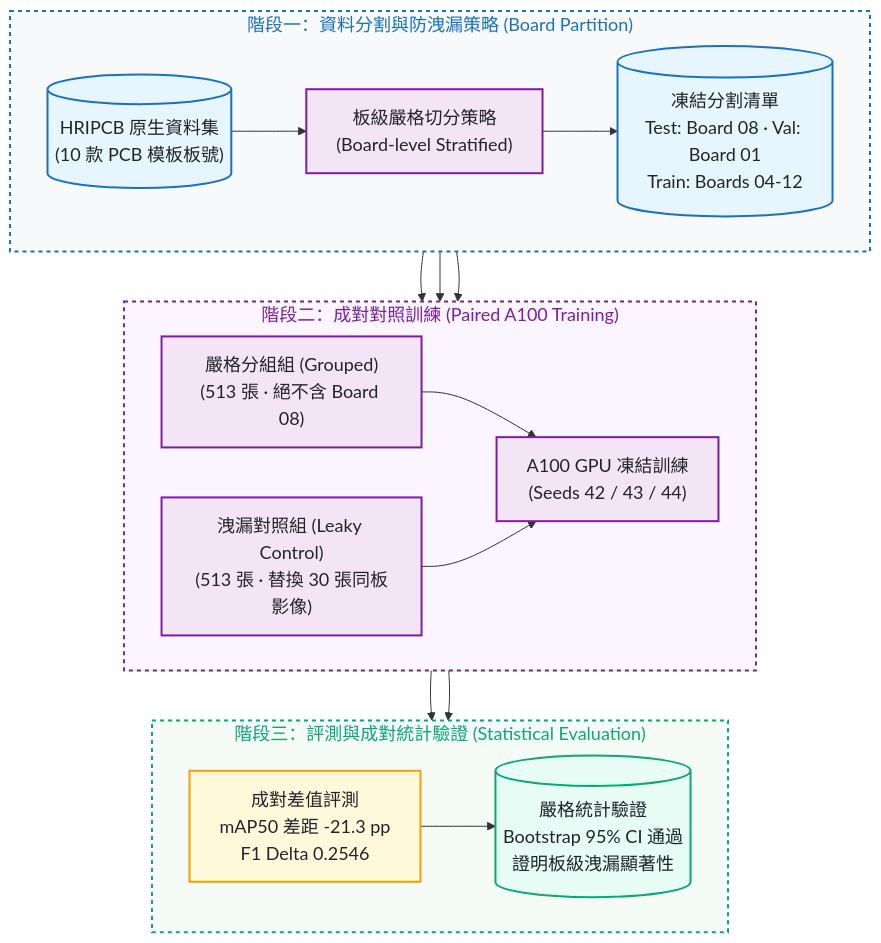
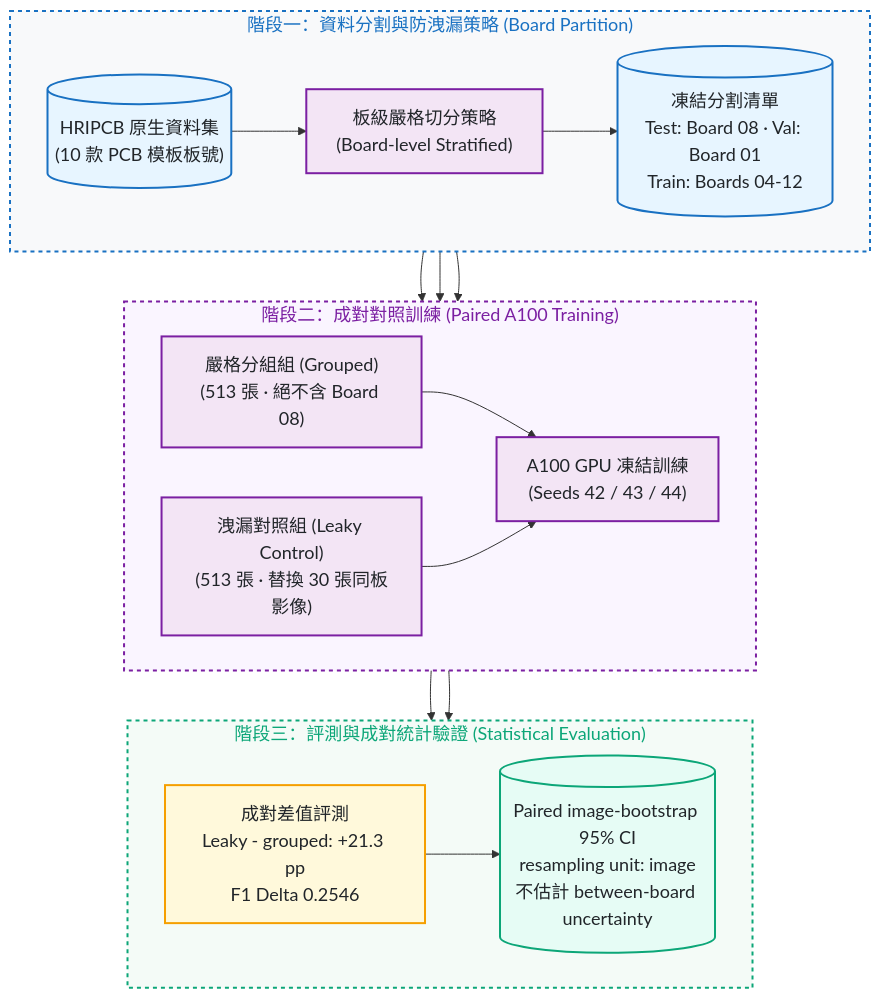
One commit to kuotunyu/pcb-defect-detection changed the first of 2 diagrams in README.md. Above: the diagram before and after it, drawn with Mermaid. The commit also changed other lines of this file and 1 other file, not shown here.

Commit message:
docs: bound leakage claims to single-board evidence

````diff
--- a/README.md
+++ b/README.md
@@ -31,35 +31,35 @@
 ```mermaid
 %%{init: {'themeVariables': {'fontSize': '18px'}}}%%
 flowchart TD
     subgraph Stage1 ["階段一：資料分割與防洩漏策略 (Board Partition)"]
         direction LR
         Raw[("HRIPCB 原生資料集<br/>(10 款 PCB 模板板號)")] --> Strat["板級嚴格切分策略<br/>(Board-level Stratified)"] --> Sets[("凍結分割清單<br/>Test: Board 08 · Val: Board 01<br/>Train: Boards 04-12")]
     end
 
     subgraph Stage2 ["階段二：成對對照訓練 (Paired A100 Training)"]
         direction LR
         Sets --> Grouped["嚴格分組組 (Grouped)<br/>(513 張 · 絕不含 Board 08)"] & Leaky["洩漏對照組 (Leaky Control)<br/>(513 張 · 替換 30 張同板影像)"]
         Grouped & Leaky --> A100["A100 GPU 凍結訓練<br/>(Seeds 42 / 43 / 44)"]
     end
 
     subgraph Stage3 ["階段三：評測與成對統計驗證 (Statistical Evaluation)"]
         direction LR
-        A100 --> Delta["成對差值評測<br/>mAP50 差距 -21.3 pp<br/>F1 Delta 0.2546"] --> Gate[("嚴格統計驗證<br/>Bootstrap 95% CI 通過<br/>證明板級洩漏顯著性")]
+        A100 --> Delta["成對差值評測<br/>Leaky - grouped: +21.3 pp<br/>F1 Delta 0.2546"] --> Gate[("Paired image-bootstrap 95% CI<br/>resampling unit: image<br/>不估計 between-board uncertainty")]
     end
 
     Stage1 --> Stage2 --> Stage3
 
     classDef srcStyle fill:#e7f5ff,stroke:#1971c2,stroke-width:2px,color:#212529
     classDef procStyle fill:#f3e5f5,stroke:#7b1fa2,stroke-width:2px,color:#212529
     classDef gateStyle fill:#fff9db,stroke:#f59f00,stroke-width:2px,color:#212529
     classDef pubStyle fill:#e6fcf5,stroke:#0ca678,stroke-width:2px,color:#212529
 
     class Raw,Sets srcStyle
     class Strat,Grouped,Leaky,A100 procStyle
     class Delta gateStyle
     class Gate pubStyle
 
     style Stage1 fill:#f8f9fa,stroke:#1971c2,stroke-width:2px,color:#1971c2,stroke-dasharray: 4 4
     style Stage2 fill:#faf5ff,stroke:#7b1fa2,stroke-width:2px,color:#7b1fa2,stroke-dasharray: 4 4
     style Stage3 fill:#f4fbf7,stroke:#0ca678,stroke-width:2px,color:#0ca678,stroke-dasharray: 4 4
 ```
````
